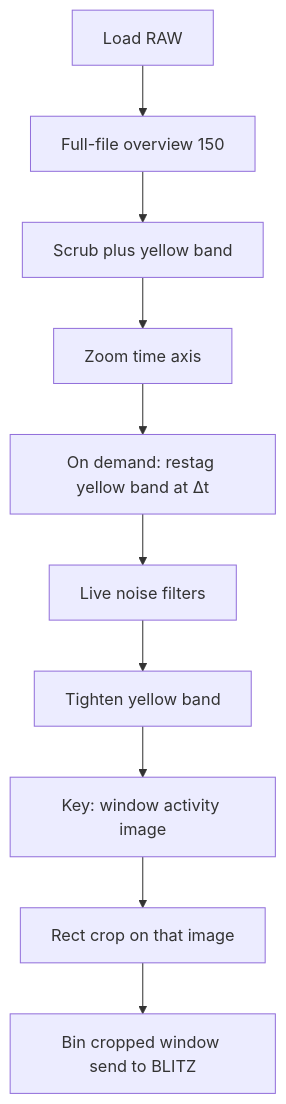
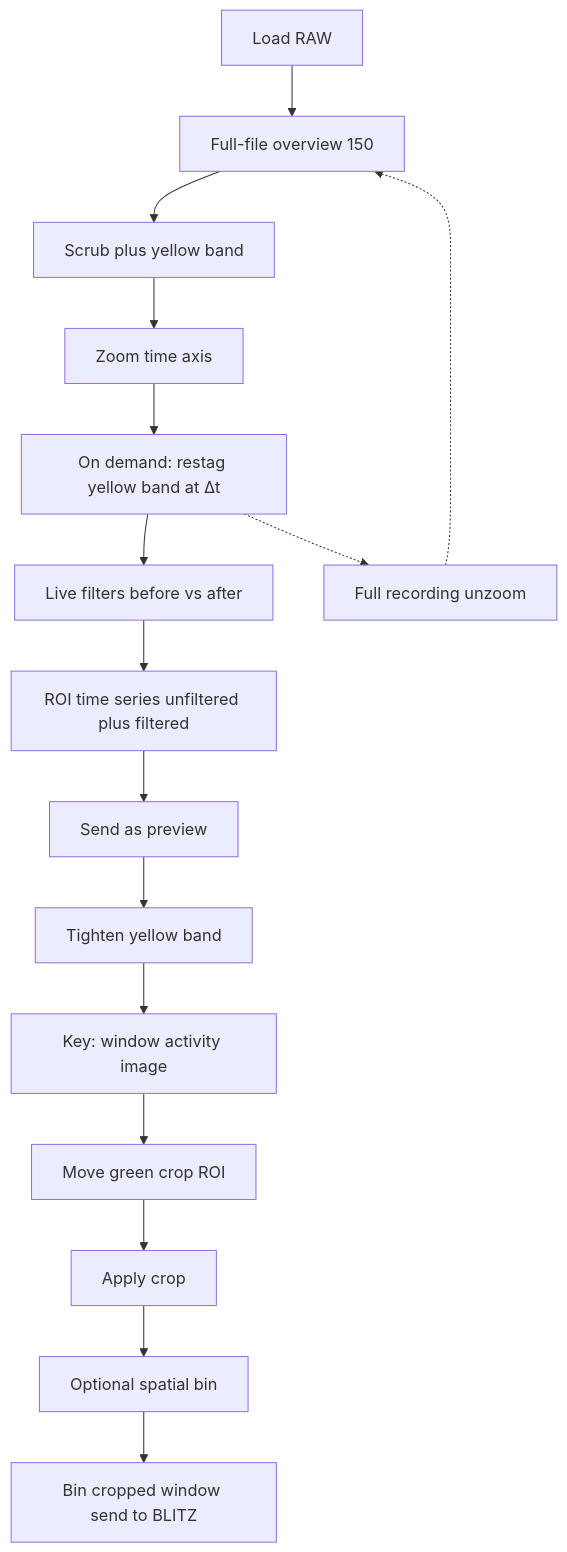
Before and after one commit to PiMaV/event-reader: the first of 3 diagrams in README.md, drawn with Mermaid. The commit also changed other lines of this file and 14 other files, not shown here.

First line of the commit message:
Ship Event reader 1.0.0: one Send-as contract and the unreleased EVT3-to-BLITZ loop.

````diff
--- a/README.md
+++ b/README.md
@@ -13,12 +13,18 @@
 ```mermaid
 flowchart TD
   load[Load RAW] --> fullOv[Full-file overview 150]
   fullOv --> scrub[Scrub plus yellow band]
   scrub --> zoom[Zoom time axis]
   zoom --> restag[On demand: restag yellow band at Δt]
-  restag --> filt[Live noise filters]
-  filt --> tight[Tighten yellow band]
+  restag --> filt[Live filters before vs after]
+  restag -.-> fullRec[Full recording unzoom]
+  fullRec -.-> fullOv
+  filt --> roiTS[ROI time series unfiltered plus filtered]
+  roiTS --> color[Send as preview]
+  color --> tight[Tighten yellow band]
   tight --> maxImg[Key: window activity image]
-  maxImg --> rect[Rect crop on that image]
-  rect --> send[Bin cropped window send to BLITZ]
+  maxImg --> rect[Move green crop ROI]
+  rect --> applyCrop[Apply crop]
+  applyCrop --> binning[Optional spatial bin]
+  binning --> send[Bin cropped window send to BLITZ]
 ```
````
